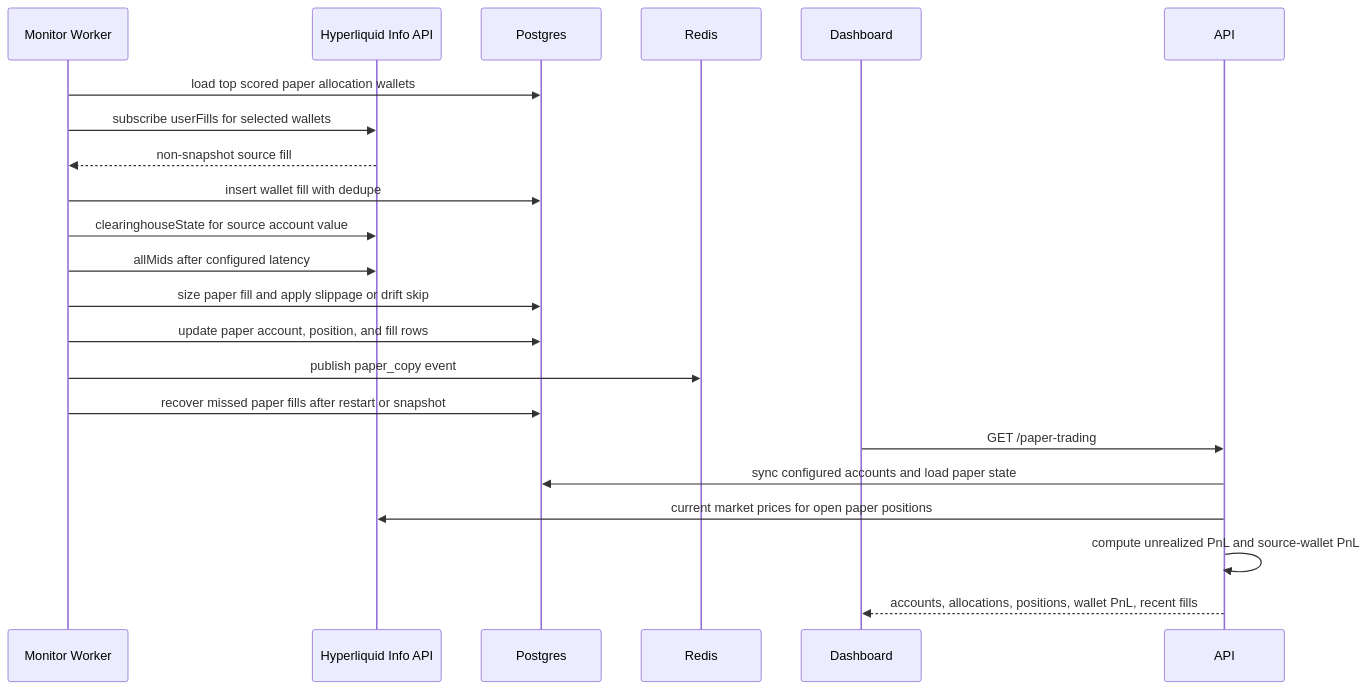
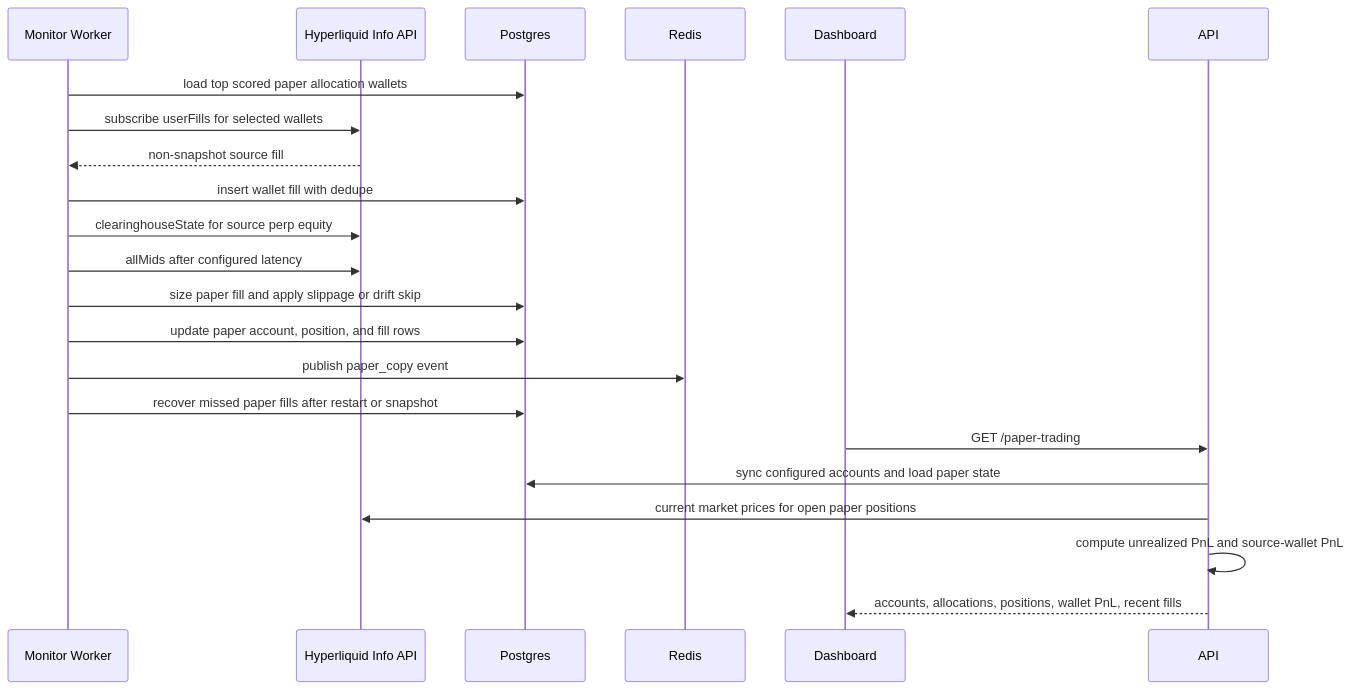
The ninth of 9 diagrams in docs/architecture.md (DrottPoker/copytrading-agent), drawn with Mermaid before and after one commit. The commit also changed other lines of this file and 24 other files, not shown here.

````diff
--- a/docs/architecture.md
+++ b/docs/architecture.md
@@ -386,24 +386,24 @@
 ```mermaid
 sequenceDiagram
   participant Worker as Monitor Worker
   participant HL as Hyperliquid Info API
   participant DB as Postgres
   participant Redis as Redis
   participant UI as Dashboard
 
   Worker->>DB: load top scored paper allocation wallets
   Worker->>HL: subscribe userFills for selected wallets
   HL-->>Worker: non-snapshot source fill
   Worker->>DB: insert wallet fill with dedupe
-  Worker->>HL: clearinghouseState for source account value
+  Worker->>HL: clearinghouseState for source perp equity
   Worker->>HL: allMids after configured latency
   Worker->>DB: size paper fill and apply slippage or drift skip
   Worker->>DB: update paper account, position, and fill rows
   Worker->>Redis: publish paper_copy event
   Worker->>DB: recover missed paper fills after restart or snapshot
   UI->>API: GET /paper-trading
   API->>DB: sync configured accounts and load paper state
   API->>HL: current market prices for open paper positions
   API->>API: compute unrealized PnL and source-wallet PnL
   API-->>UI: accounts, allocations, positions, wallet PnL, recent fills
 ```
````
